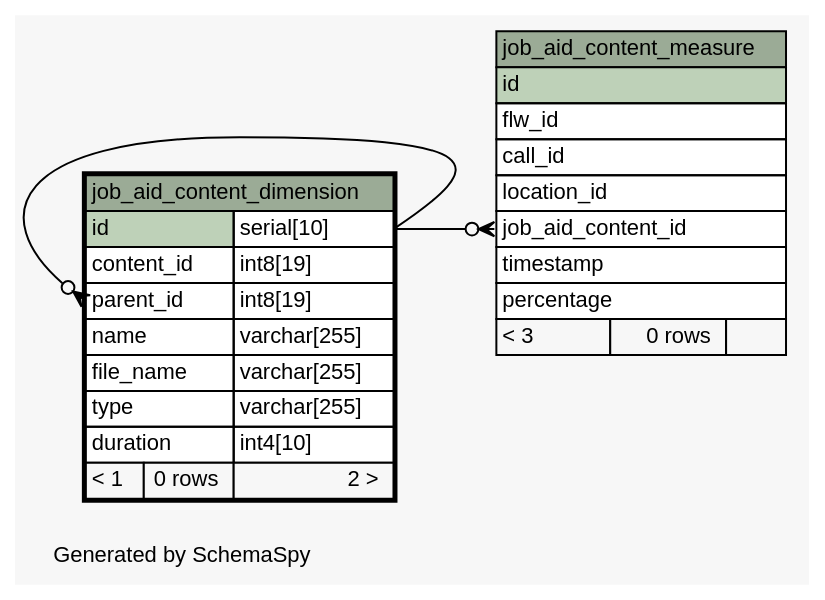
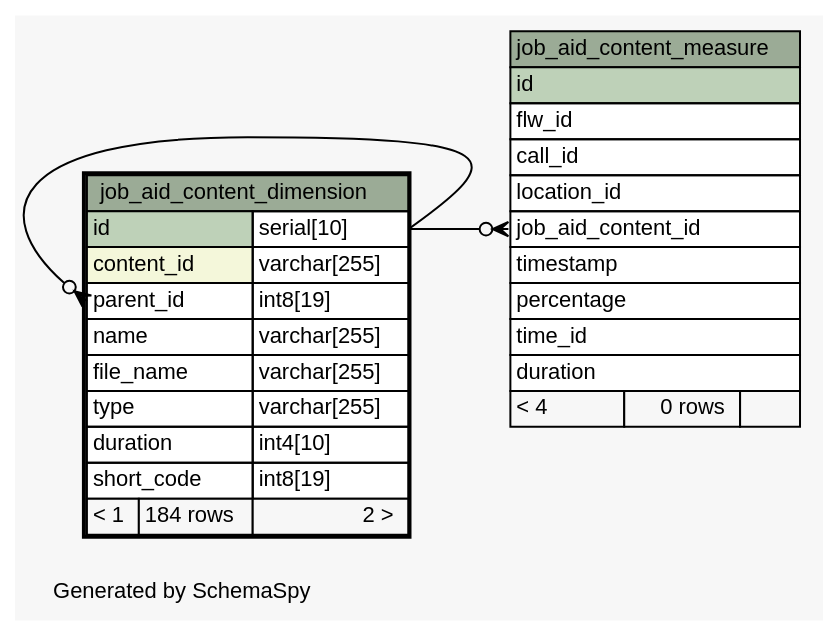
Before and after one commit to motech/ananya: the diagram in ananya-report/build/schemaspy-output/diagrams/job_aid_content_dimension.1degree.dot, drawn with Graphviz. The commit also changed 73 other files, not shown here.

Commit message:
vijay|#00|updated schemaspy output

```diff
--- a/ananya-report/build/schemaspy-output/diagrams/job_aid_content_dimension.1degree.dot
+++ b/ananya-report/build/schemaspy-output/diagrams/job_aid_content_dimension.1degree.dot
@@ -1,56 +1,59 @@
-// dot 2.28.0 on Mac OS X 10.7.3
+// dot 2.26.3 on Linux 2.6.38-11-generic-pae
 // SchemaSpy rev 590
 digraph "oneDegreeRelationshipsDiagram" {
   graph [
     rankdir="RL"
     bgcolor="#f7f7f7"
     label="\nGenerated by SchemaSpy"
     labeljust="l"
     nodesep="0.18"
     ranksep="0.46"
     fontname="Helvetica"
     fontsize="11"
   ];
   node [
     fontname="Helvetica"
     fontsize="11"
     shape="plaintext"
   ];
   edge [
     arrowsize="0.8"
   ];
   "job_aid_content_dimension":"parent_id":w -> "job_aid_content_dimension":"id.type":e [arrowhead=none dir=back arrowtail=crowodot];
   "job_aid_content_measure":"job_aid_content_id":w -> "job_aid_content_dimension":"id.type":e [arrowhead=none dir=back arrowtail=crowodot];
   "job_aid_content_dimension" [
     label=<
     <TABLE BORDER="2" CELLBORDER="1" CELLSPACING="0" BGCOLOR="#ffffff">
       <TR><TD COLSPAN="3" BGCOLOR="#9bab96" ALIGN="CENTER">job_aid_content_dimension</TD></TR>
       <TR><TD PORT="id" COLSPAN="2" BGCOLOR="#bed1b8" ALIGN="LEFT">id</TD><TD PORT="id.type" ALIGN="LEFT">serial[10]</TD></TR>
-      <TR><TD PORT="content_id" COLSPAN="2" ALIGN="LEFT">content_id</TD><TD PORT="content_id.type" ALIGN="LEFT">int8[19]</TD></TR>
+      <TR><TD PORT="content_id" COLSPAN="2" BGCOLOR="#f4f7da" ALIGN="LEFT">content_id</TD><TD PORT="content_id.type" ALIGN="LEFT">varchar[255]</TD></TR>
       <TR><TD PORT="parent_id" COLSPAN="2" ALIGN="LEFT">parent_id</TD><TD PORT="parent_id.type" ALIGN="LEFT">int8[19]</TD></TR>
       <TR><TD PORT="name" COLSPAN="2" ALIGN="LEFT">name</TD><TD PORT="name.type" ALIGN="LEFT">varchar[255]</TD></TR>
       <TR><TD PORT="file_name" COLSPAN="2" ALIGN="LEFT">file_name</TD><TD PORT="file_name.type" ALIGN="LEFT">varchar[255]</TD></TR>
       <TR><TD PORT="type" COLSPAN="2" ALIGN="LEFT">type</TD><TD PORT="type.type" ALIGN="LEFT">varchar[255]</TD></TR>
       <TR><TD PORT="duration" COLSPAN="2" ALIGN="LEFT">duration</TD><TD PORT="duration.type" ALIGN="LEFT">int4[10]</TD></TR>
-      <TR><TD ALIGN="LEFT" BGCOLOR="#f7f7f7">&lt; 1</TD><TD ALIGN="RIGHT" BGCOLOR="#f7f7f7">0 rows</TD><TD ALIGN="RIGHT" BGCOLOR="#f7f7f7">2 &gt;</TD></TR>
+      <TR><TD PORT="short_code" COLSPAN="2" ALIGN="LEFT">short_code</TD><TD PORT="short_code.type" ALIGN="LEFT">int8[19]</TD></TR>
+      <TR><TD ALIGN="LEFT" BGCOLOR="#f7f7f7">&lt; 1</TD><TD ALIGN="RIGHT" BGCOLOR="#f7f7f7">184 rows</TD><TD ALIGN="RIGHT" BGCOLOR="#f7f7f7">2 &gt;</TD></TR>
     </TABLE>>
     URL="job_aid_content_dimension.html"
     tooltip="job_aid_content_dimension"
   ];
   "job_aid_content_measure" [
     label=<
     <TABLE BORDER="0" CELLBORDER="1" CELLSPACING="0" BGCOLOR="#ffffff">
       <TR><TD COLSPAN="3" BGCOLOR="#9bab96" ALIGN="CENTER">job_aid_content_measure</TD></TR>
       <TR><TD PORT="id" COLSPAN="3" BGCOLOR="#bed1b8" ALIGN="LEFT">id</TD></TR>
       <TR><TD PORT="flw_id" COLSPAN="3" ALIGN="LEFT">flw_id</TD></TR>
       <TR><TD PORT="call_id" COLSPAN="3" ALIGN="LEFT">call_id</TD></TR>
       <TR><TD PORT="location_id" COLSPAN="3" ALIGN="LEFT">location_id</TD></TR>
       <TR><TD PORT="job_aid_content_id" COLSPAN="3" ALIGN="LEFT">job_aid_content_id</TD></TR>
       <TR><TD PORT="timestamp" COLSPAN="3" ALIGN="LEFT">timestamp</TD></TR>
       <TR><TD PORT="percentage" COLSPAN="3" ALIGN="LEFT">percentage</TD></TR>
-      <TR><TD ALIGN="LEFT" BGCOLOR="#f7f7f7">&lt; 3</TD><TD ALIGN="RIGHT" BGCOLOR="#f7f7f7">0 rows</TD><TD ALIGN="RIGHT" BGCOLOR="#f7f7f7">  </TD></TR>
+      <TR><TD PORT="time_id" COLSPAN="3" ALIGN="LEFT">time_id</TD></TR>
+      <TR><TD PORT="duration" COLSPAN="3" ALIGN="LEFT">duration</TD></TR>
+      <TR><TD ALIGN="LEFT" BGCOLOR="#f7f7f7">&lt; 4</TD><TD ALIGN="RIGHT" BGCOLOR="#f7f7f7">0 rows</TD><TD ALIGN="RIGHT" BGCOLOR="#f7f7f7">  </TD></TR>
     </TABLE>>
     URL="job_aid_content_measure.html"
     tooltip="job_aid_content_measure"
   ];
 }
```
